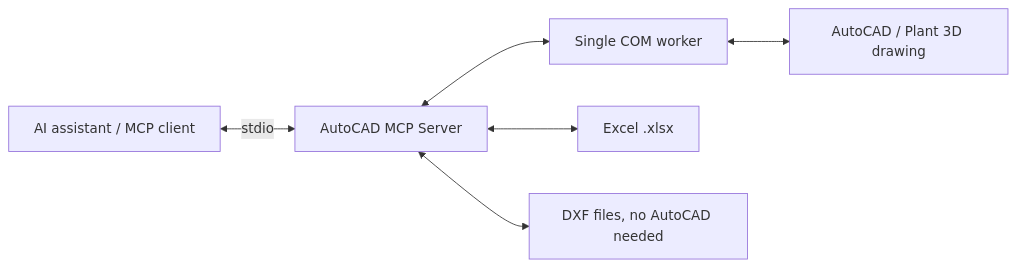
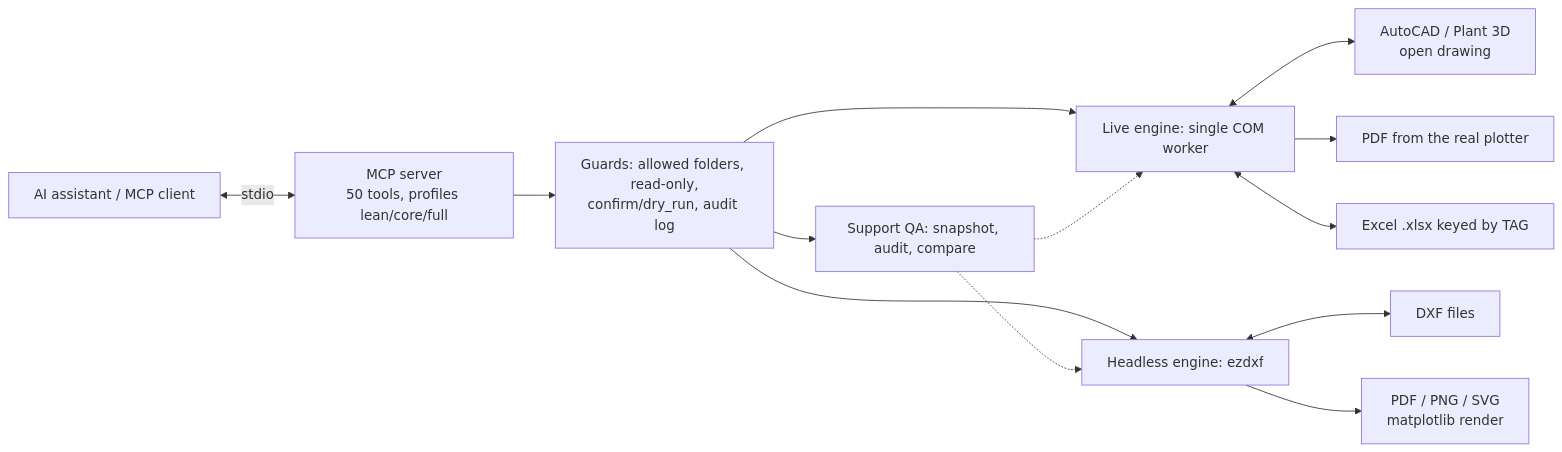
One commit to C48H74/autocad-mcp changed the diagram in README.md. Above: the diagram before and after it, drawn with Mermaid. The commit also changed 3 other files, not shown here.

First line of the commit message:
docs: update README architecture flowchart

````diff
--- a/README.md
+++ b/README.md
@@ -68,8 +68,15 @@
 ```mermaid
 flowchart LR
-    A[AI assistant / MCP client] <-->|stdio| B[AutoCAD MCP Server]
-    B <--> C[Single COM worker]
-    C <--> D[AutoCAD / Plant 3D drawing]
-    B <--> E[Excel .xlsx]
-    B <--> F[DXF files, no AutoCAD needed]
+    A["AI assistant / MCP client"] <-->|stdio| B["MCP server<br/>50 tools, profiles lean/core/full"]
+    B --> G["Guards: allowed folders, read-only,<br/>confirm/dry_run, audit log"]
+    G --> L["Live engine: single COM worker"]
+    G --> H["Headless engine: ezdxf"]
+    G --> Q["Support QA: snapshot, audit, compare"]
+    L <--> D["AutoCAD / Plant 3D<br/>open drawing"]
+    L --> P1["PDF from the real plotter"]
+    L <--> X["Excel .xlsx keyed by TAG"]
+    H <--> F["DXF files"]
+    H --> P2["PDF / PNG / SVG<br/>matplotlib render"]
+    Q -.-> L
+    Q -.-> H
 ```
````
